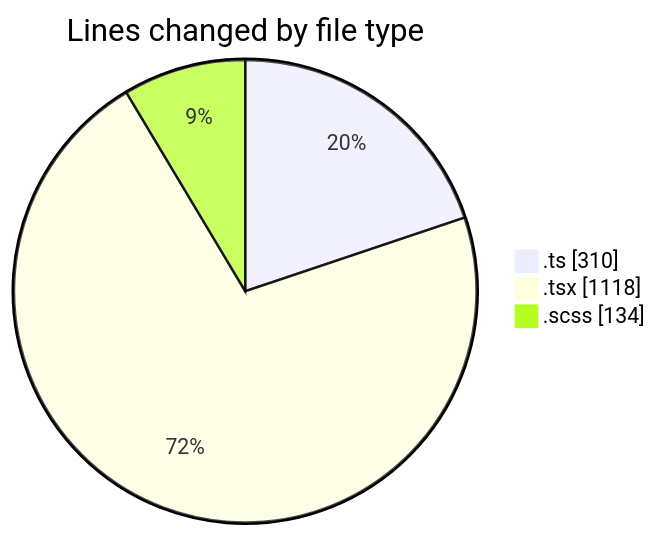
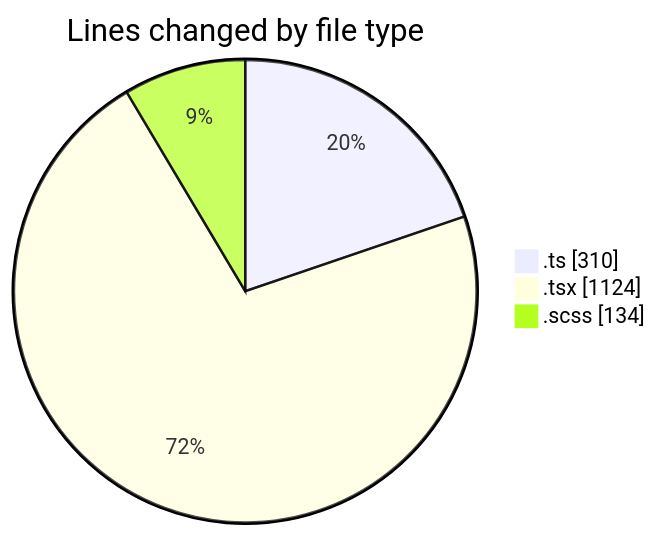
The first of 2 diagrams in 2026-09-09/cda/README.md (momahboobian/code-tracking), drawn with Mermaid before and after one commit. The commit also changed other lines of this file and 1 other file, not shown here.

````diff
--- a/2026-09-09/cda/README.md
+++ b/2026-09-09/cda/README.md
@@ -34,7 +34,7 @@
 ```mermaid
 pie showData
 title Lines changed by file type
 ".ts" : 310
-".tsx" : 1118
+".tsx" : 1124
 ".scss" : 134
 ```
````
